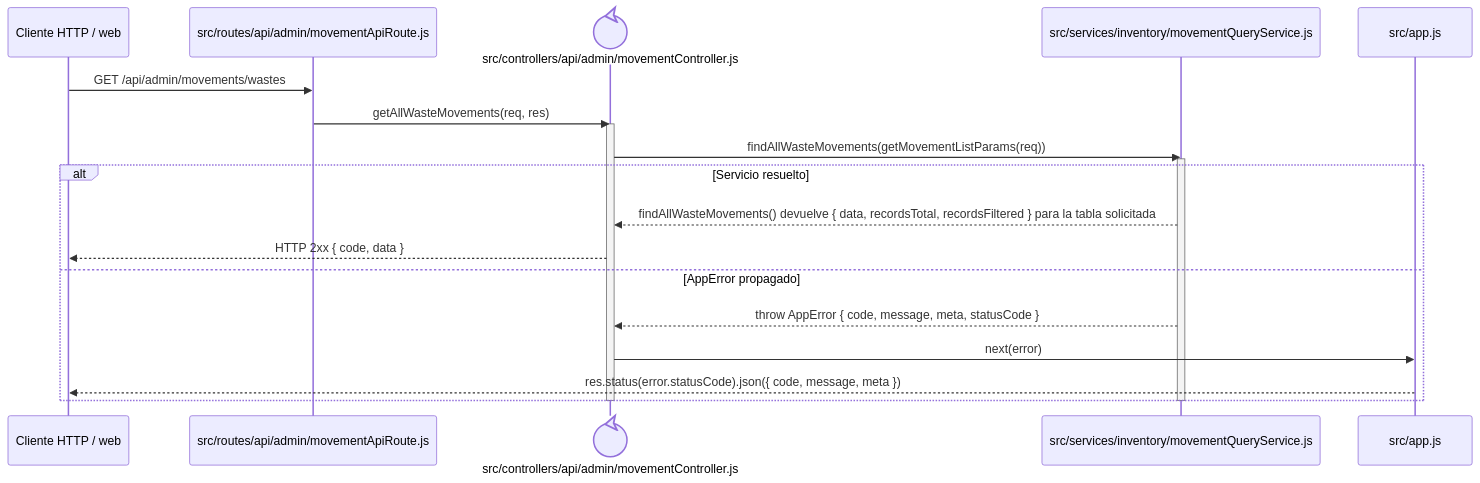
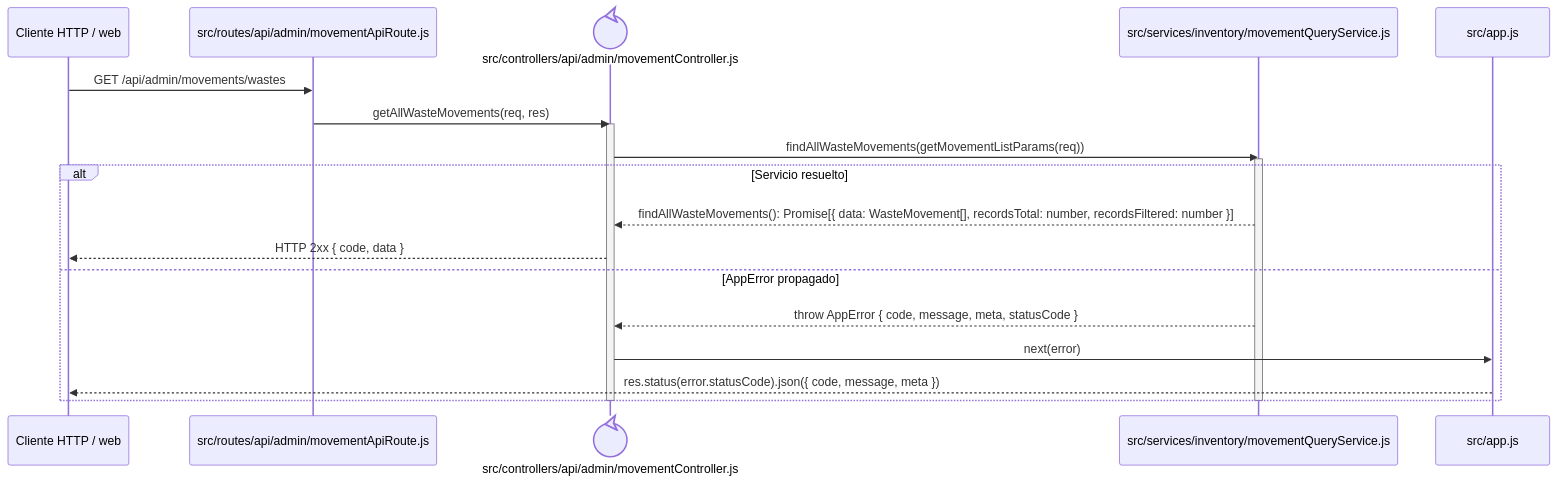
Before and after one commit to gpgsistemas01/nexus: the diagram in docs/architecture/backend-code-sequences/catalogs/cu-alm-15.md, drawn with Mermaid. The commit also changed 146 other files, not shown here.

````diff
--- a/docs/architecture/backend-code-sequences/catalogs/cu-alm-15.md
+++ b/docs/architecture/backend-code-sequences/catalogs/cu-alm-15.md
@@ -6,24 +6,24 @@
 ```mermaid
 sequenceDiagram
     participant Client as Cliente HTTP / web
     participant Route as src/routes/api/admin/movementApiRoute.js
     participant Controller@{ "type": "control" } as src/controllers/api/admin/movementController.js
     participant Domain as src/services/inventory/movementQueryService.js
     participant ErrorHandler as src/app.js
 
     Client->>Route: GET /api/admin/movements/wastes
     Route->>Controller: getAllWasteMovements(req, res)
     activate Controller
     Controller->>Domain: findAllWasteMovements(getMovementListParams(req))
     activate Domain
     alt Servicio resuelto
-        Domain-->>Controller: findAllWasteMovements() devuelve { data, recordsTotal, recordsFiltered } para la tabla solicitada
+        Domain-->>Controller: findAllWasteMovements(): Promise[{ data: WasteMovement[], recordsTotal: number, recordsFiltered: number }]
         Controller-->>Client: HTTP 2xx { code, data }
     else AppError propagado
         Domain-->>Controller: throw AppError { code, message, meta, statusCode }
         Controller->>ErrorHandler: next(error)
         ErrorHandler-->>Client: res.status(error.statusCode).json({ code, message, meta })
     end
     deactivate Domain
     deactivate Controller
 ```
````
